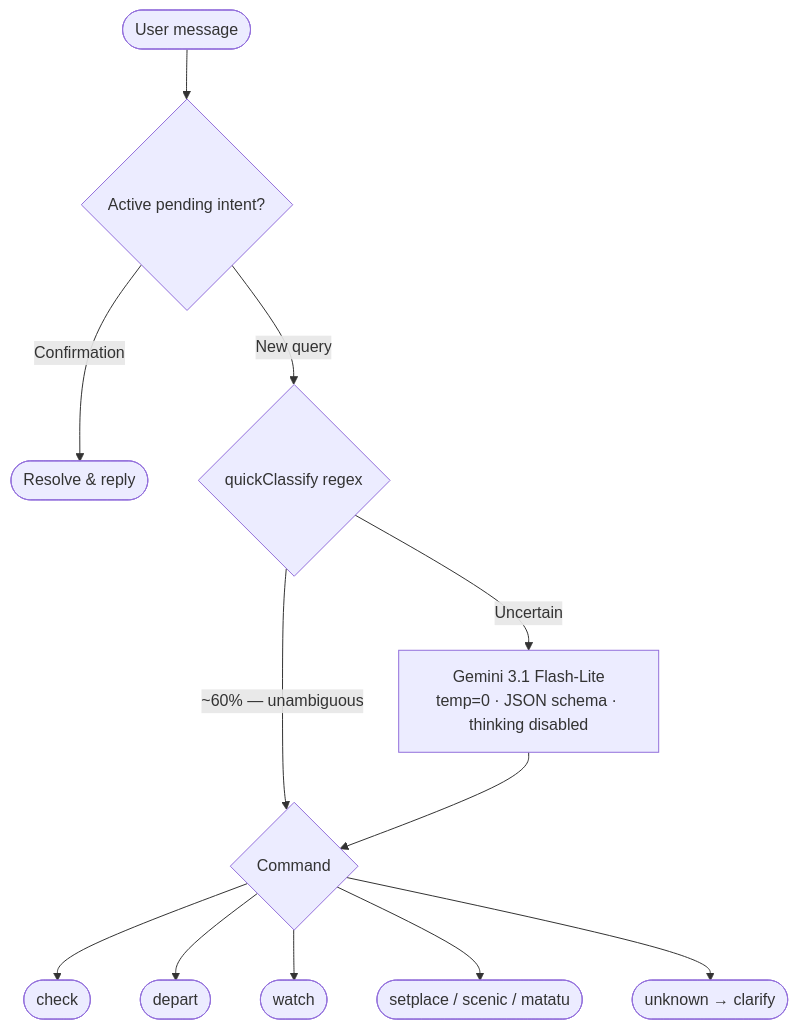
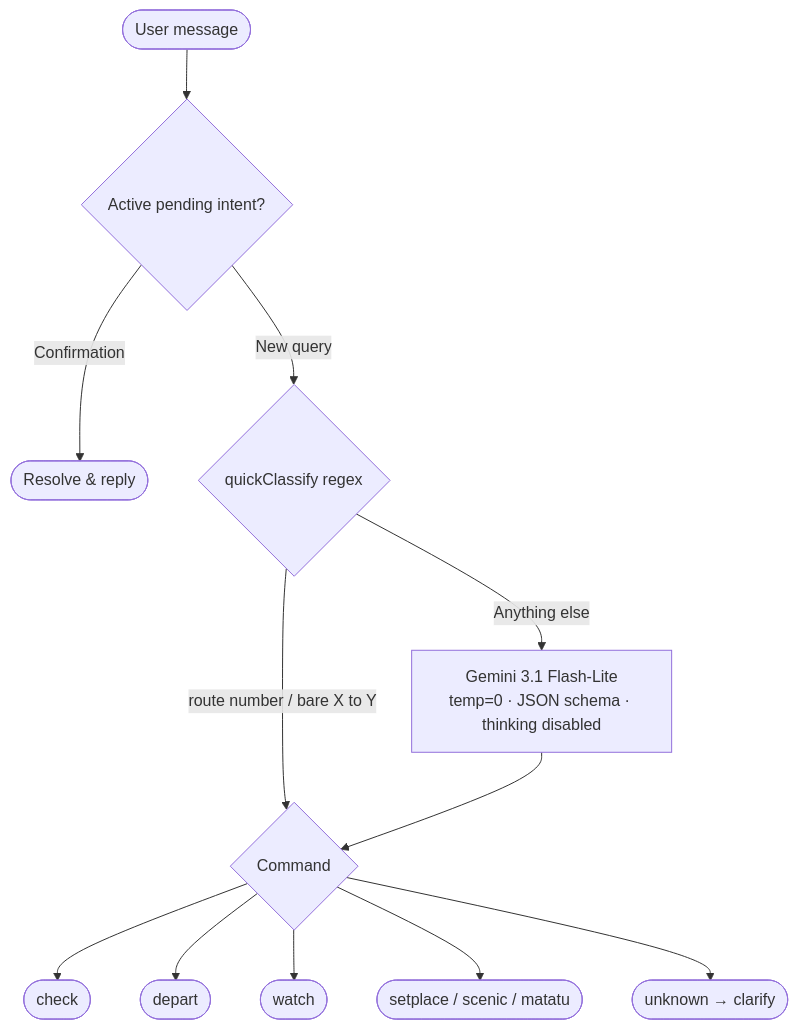
Before and after one commit to ronnyabuto/wayward: the first of 2 diagrams in README.md, drawn with Mermaid. The commit also changed other lines of this file, not shown here.

````diff
--- a/README.md
+++ b/README.md
@@ -33,14 +33,14 @@
 ```mermaid
 flowchart TD
     A([User message]) --> B{Active pending intent?}
     B -- Confirmation --> C([Resolve & reply])
     B -- New query --> D{quickClassify regex}
-    D -- "~60% — unambiguous" --> E{Command}
-    D -- Uncertain --> F["Gemini 3.1 Flash-Lite\ntemp=0 · JSON schema · thinking disabled"]
+    D -- "route number / bare X to Y" --> E{Command}
+    D -- Anything else --> F["Gemini 3.1 Flash-Lite\ntemp=0 · JSON schema · thinking disabled"]
     F --> E
     E --> G([check])
     E --> H([depart])
     E --> I([watch])
     E --> J([setplace / scenic / matatu])
     E --> K([unknown → clarify])
 ```
````
